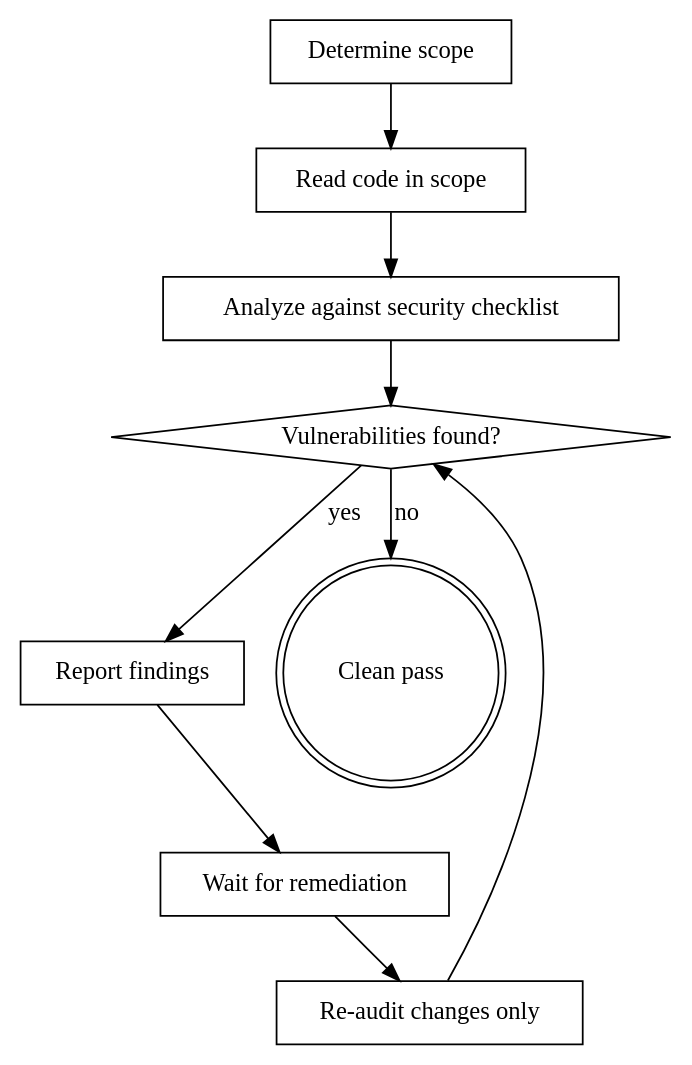
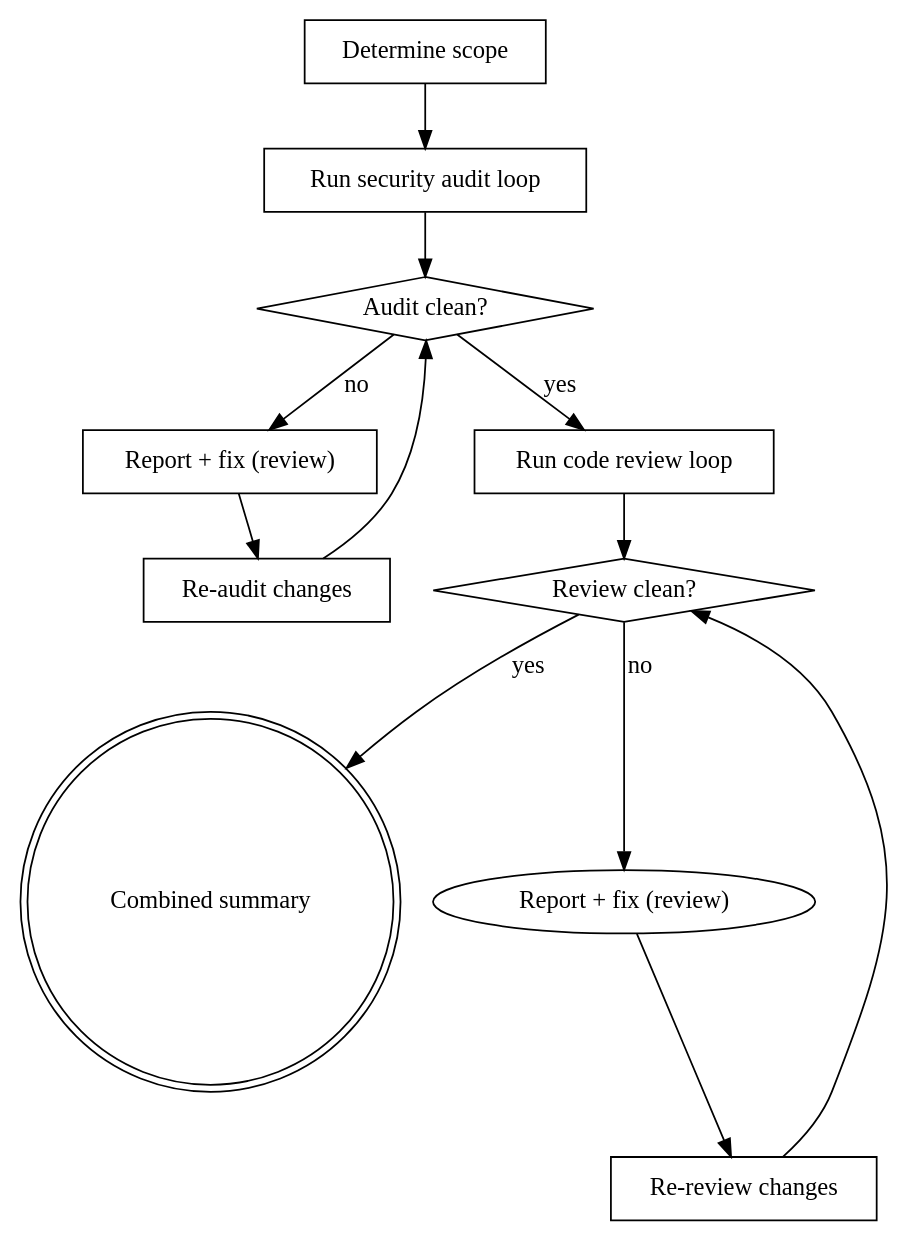
Before and after one commit to NecturaLabs/AgentSkills: the second of 2 diagrams in skills/iterative-security-audit/SKILL.md, drawn with Graphviz. The commit also changed other lines of this file and 4 other files, not shown here.

First line of the commit message:
Rewrite code review and security audit skills with full research

````diff
--- a/skills/iterative-security-audit/SKILL.md
+++ b/skills/iterative-security-audit/SKILL.md
@@ -42,21 +48,26 @@
 ```dot
 digraph audit {
     "Determine scope" [shape=box];
-    "Read code in scope" [shape=box];
-    "Analyze against security checklist" [shape=box];
-    "Vulnerabilities found?" [shape=diamond];
-    "Report findings" [shape=box];
-    "Wait for remediation" [shape=box];
-    "Re-audit changes only" [shape=box];
-    "Clean pass" [shape=doublecircle];
+    "Run security audit loop" [shape=box];
+    "Audit clean?" [shape=diamond];
+    "Report + fix" [shape=box];
+    "Re-audit changes" [shape=box];
+    "Run code review loop" [shape=box];
+    "Review clean?" [shape=diamond];
+    "Report + fix" [shape=box, label="Report + fix (review)"];
+    "Re-review changes" [shape=box];
+    "Combined summary" [shape=doublecircle];
 
-    "Determine scope" -> "Read code in scope";
-    "Read code in scope" -> "Analyze against security checklist";
-    "Analyze against security checklist" -> "Vulnerabilities found?";
-    "Vulnerabilities found?" -> "Report findings" [label="yes"];
-    "Vulnerabilities found?" -> "Clean pass" [label="no"];
-    "Report findings" -> "Wait for remediation";
-    "Wait for remediation" -> "Re-audit changes only";
-    "Re-audit changes only" -> "Vulnerabilities found?";
+    "Determine scope" -> "Run security audit loop";
+    "Run security audit loop" -> "Audit clean?";
+    "Audit clean?" -> "Report + fix" [label="no"];
+    "Report + fix" -> "Re-audit changes";
+    "Re-audit changes" -> "Audit clean?";
+    "Audit clean?" -> "Run code review loop" [label="yes"];
+    "Run code review loop" -> "Review clean?";
+    "Review clean?" -> "Report + fix (review)" [label="no"];
+    "Report + fix (review)" -> "Re-review changes";
+    "Re-review changes" -> "Review clean?";
+    "Review clean?" -> "Combined summary" [label="yes"];
 }
 ```
````
